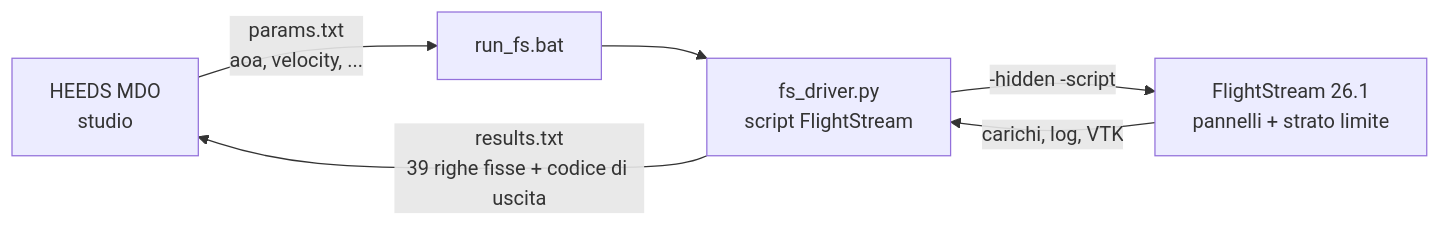
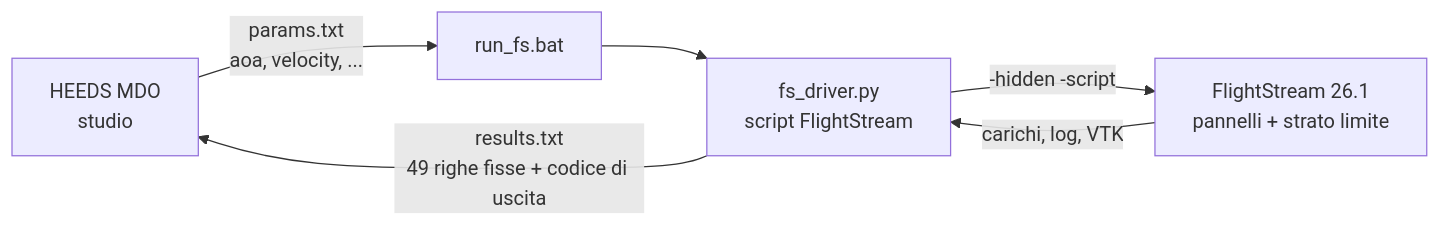
The diagram in DEMO.md (ubertomatteo04-max/flightstream_heeds), drawn with Mermaid before and after one commit. The commit also changed other lines of this file and 4 other files, not shown here.

````diff
--- a/DEMO.md
+++ b/DEMO.md
@@ -16,8 +16,8 @@
 ```mermaid
 flowchart LR
     H[HEEDS MDO<br/>studio] -->|params.txt<br/>aoa, velocity, ...| B[run_fs.bat]
     B --> D[fs_driver.py<br/>script FlightStream]
     D -->|-hidden -script| F[FlightStream 26.1<br/>pannelli + strato limite]
     F -->|carichi, log, VTK| D
-    D -->|results.txt<br/>39 righe fisse + codice di uscita| H
+    D -->|results.txt<br/>49 righe fisse + codice di uscita| H
 ```
````
